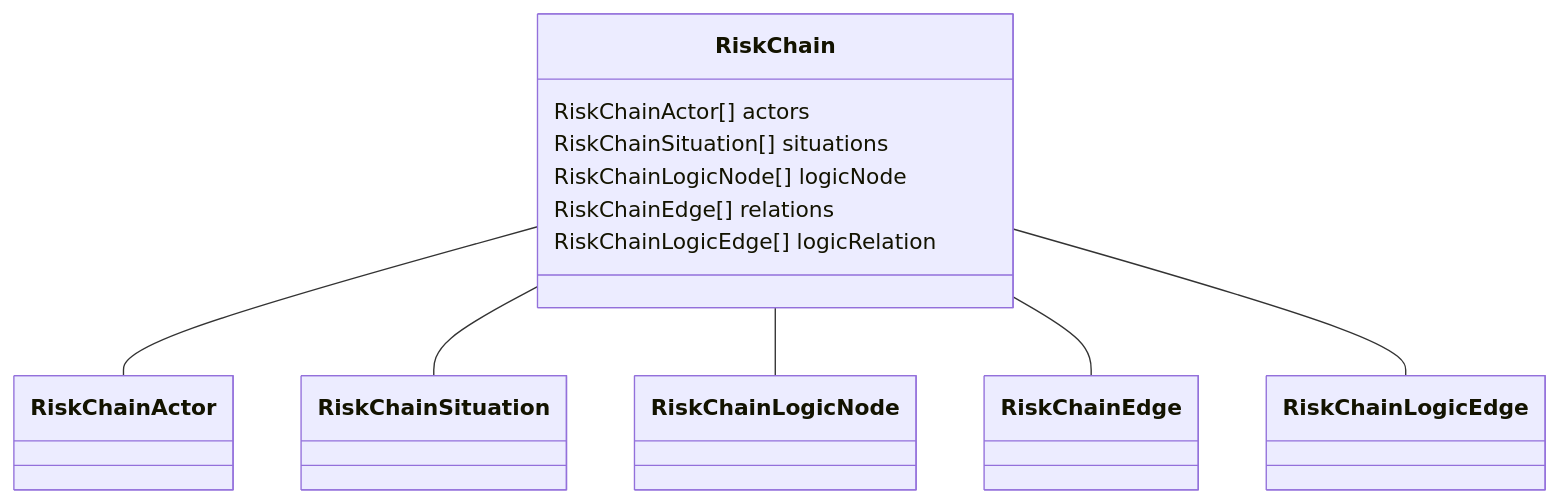
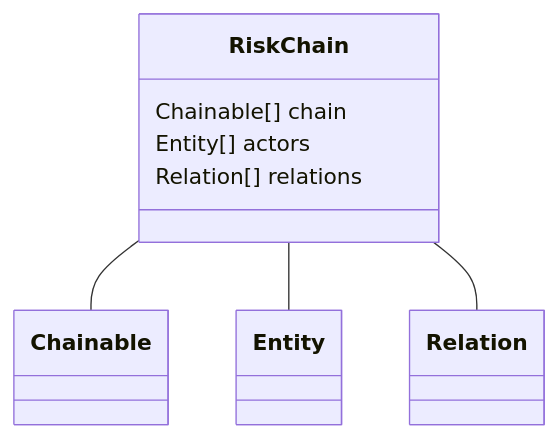
One commit to codexstanford/Insurance-Payout-Ontology changed the diagram in datamodel-build/mermaid/RiskChain.mmd. Above: the diagram before and after it, drawn with Mermaid. The commit also changed 105 other files, not shown here.

Commit message:
updated model: risk chain not a KG

```diff
--- a/datamodel-build/mermaid/RiskChain.mmd
+++ b/datamodel-build/mermaid/RiskChain.mmd
@@ -1,17 +1,13 @@
 classDiagram
-  RiskChain -- RiskChainActor
-RiskChain -- RiskChainSituation
-RiskChain -- RiskChainLogicNode
-RiskChain -- RiskChainEdge
-RiskChain -- RiskChainLogicEdge
+  RiskChain -- Chainable
+RiskChain -- Entity
+RiskChain -- Relation
 
 
 class RiskChain {
 
-  RiskChainActor[] actors
-  RiskChainSituation[] situations
-  RiskChainLogicNode[] logicNode
-  RiskChainEdge[] relations
-  RiskChainLogicEdge[] logicRelation
+  Chainable[] chain
+  Entity[] actors
+  Relation[] relations
 
 }
```
